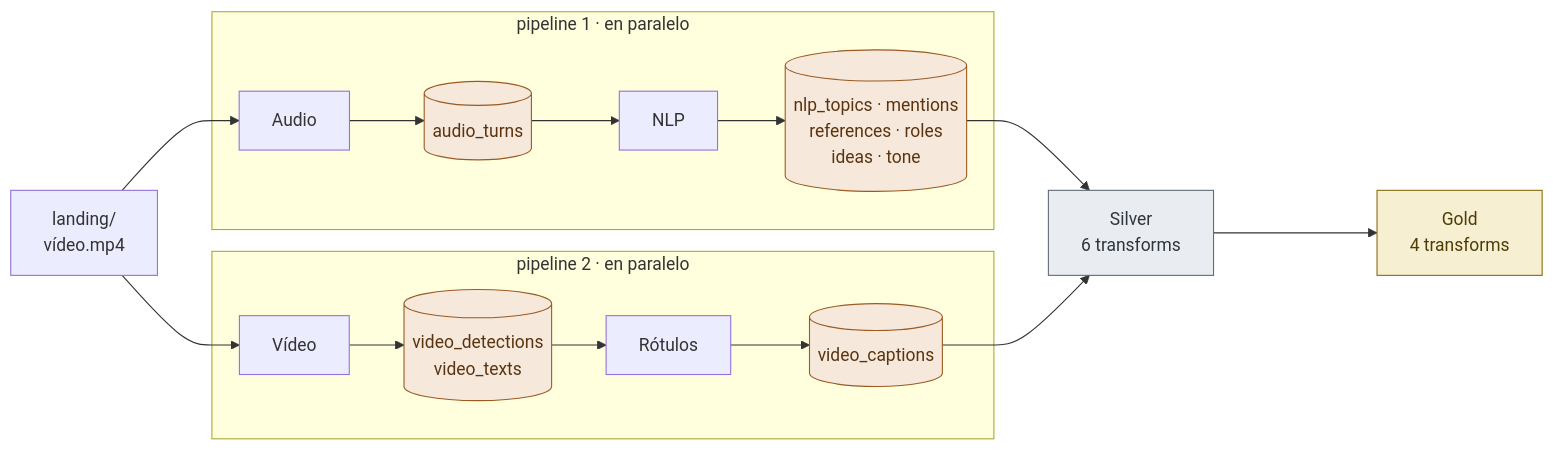
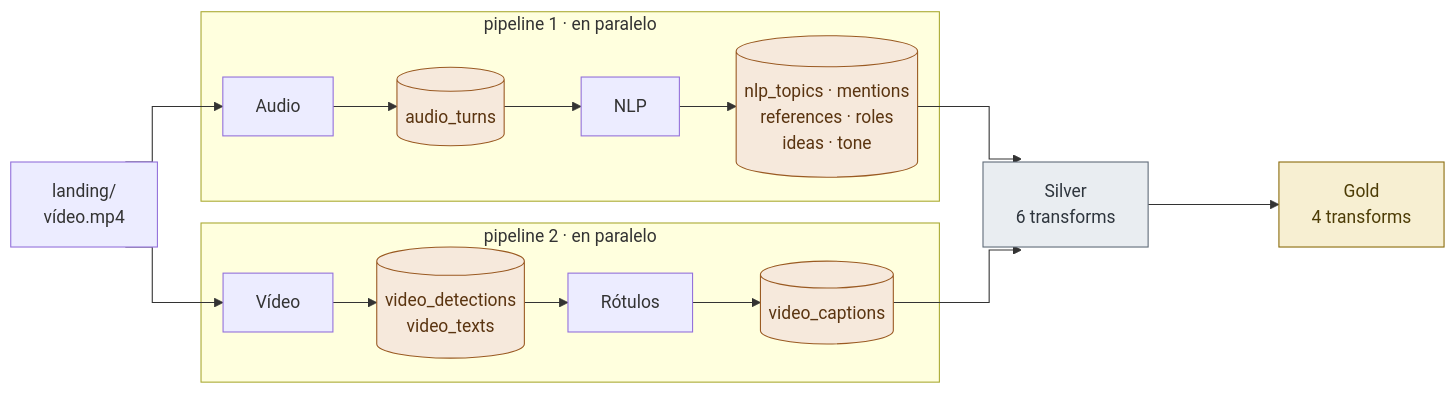
The first of 3 diagrams in ARCHITECTURE.md (ComunidadIA-OS/attention-is-all-she-needs), drawn with Mermaid before and after one commit. The commit also changed other lines of this file, not shown here.

Commit message:
docs: update architecture

````diff
--- a/ARCHITECTURE.md
+++ b/ARCHITECTURE.md
@@ -34,21 +34,22 @@
 ```mermaid
+%%{init: {"flowchart": {"curve": "step", "nodeSpacing": 24, "rankSpacing": 40}}}%%
 flowchart LR
     L["landing/<br/>vídeo.mp4"]
     subgraph C1["pipeline 1 · en paralelo"]
         A[Audio] --> AT[(audio_turns)] --> N[NLP] --> NT[("nlp_topics · mentions<br/>references · roles<br/>ideas · tone")]
     end
     subgraph C2["pipeline 2 · en paralelo"]
         V[Vídeo] --> VT[("video_detections<br/>video_texts")] --> R[Rótulos] --> RT[(video_captions)]
     end
     L --> A
     L --> V
     NT --> S["Silver<br/>6 transforms"]
     RT --> S
     S ----> G["Gold<br/>4 transforms"]
     classDef bronze fill:#f6e9dc,stroke:#9a5a22,color:#5a3410
     classDef silver fill:#e9edf1,stroke:#5f6b78,color:#2e353d
     classDef gold fill:#f7efd2,stroke:#8a6b0c,color:#4d3c06
     class AT,NT,VT,RT bronze
     class S silver
     class G gold
 ```
````
